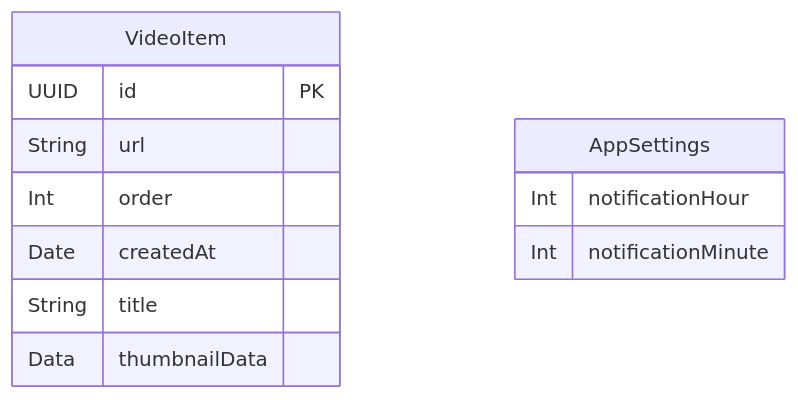
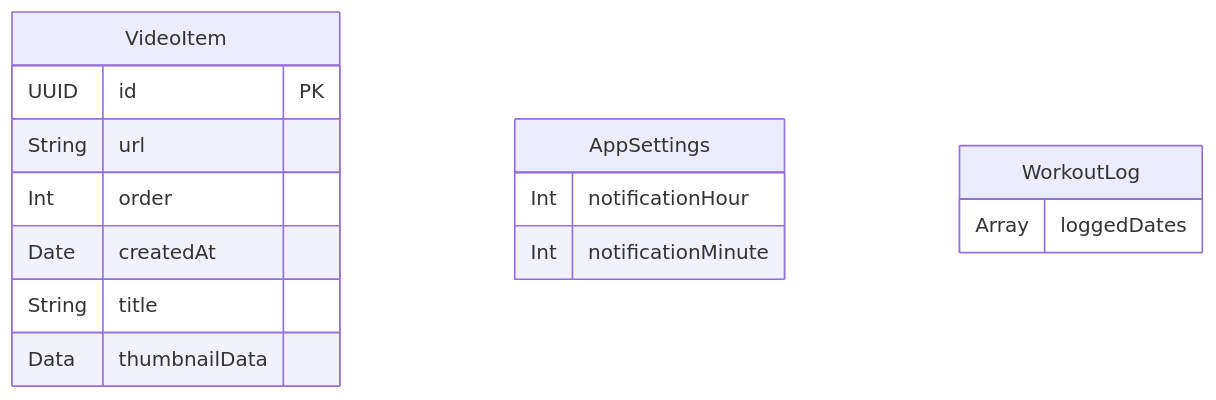
Before and after one commit to mnmKoka13/fitness-reminder: the second of 2 diagrams in docs/functional-design.md, drawn with Mermaid. The commit also changed other lines of this file and 4 other files, not shown here.

````diff
--- a/docs/functional-design.md
+++ b/docs/functional-design.md
@@ -110,16 +122,20 @@
 ```mermaid
 erDiagram
     VideoItem {
         UUID id PK
         String url
         Int order
         Date createdAt
         String title
         Data thumbnailData
     }
 
     AppSettings {
         Int notificationHour
         Int notificationMinute
     }
+
+    WorkoutLog {
+        Array loggedDates
+    }
 ```
````
